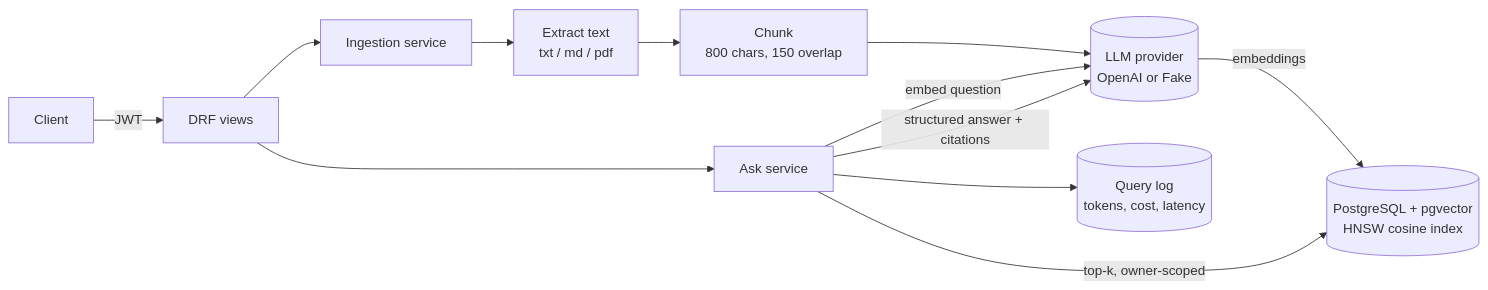
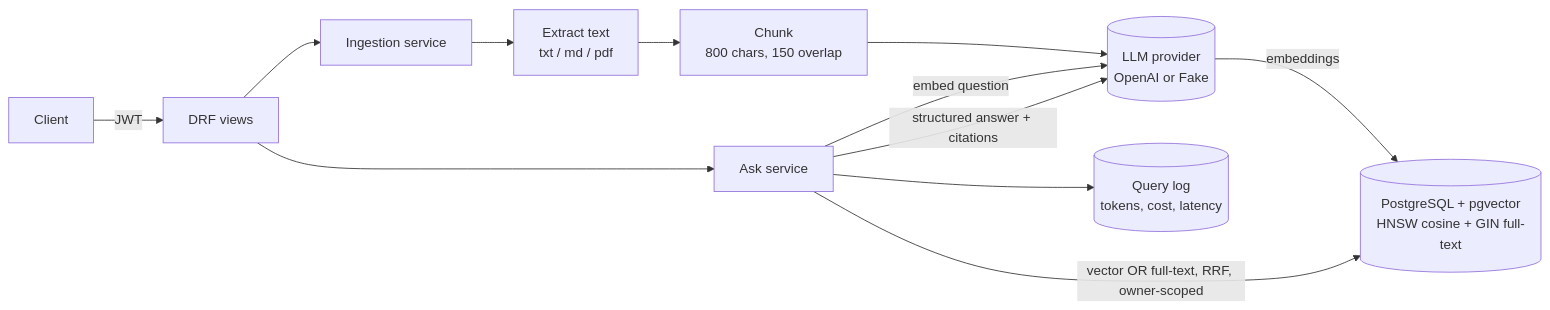
One commit to davidyapcc/django-rag-api changed the diagram in README.md. Above: the diagram before and after it, drawn with Mermaid. The commit also changed other lines of this file and 10 other files, not shown here.

First line of the commit message:
Hybrid retrieval: vector or full-text gate, ordered by RRF

````diff
--- a/README.md
+++ b/README.md
@@ -27,14 +27,14 @@
 ```mermaid
 flowchart LR
     C[Client] -->|JWT| API[DRF views]
     API --> ING[Ingestion service]
     ING --> EX[Extract text<br/>txt / md / pdf]
     EX --> CH[Chunk<br/>800 chars, 150 overlap]
     CH --> P[(LLM provider<br/>OpenAI or Fake)]
-    P -->|embeddings| DB[(PostgreSQL + pgvector<br/>HNSW cosine index)]
+    P -->|embeddings| DB[(PostgreSQL + pgvector<br/>HNSW cosine + GIN full-text)]
     API --> QA[Ask service]
     QA -->|embed question| P
-    QA -->|top-k, owner-scoped| DB
+    QA -->|vector OR full-text, RRF, owner-scoped| DB
     QA -->|structured answer + citations| P
     QA --> LOG[(Query log<br/>tokens, cost, latency)]
 ```
````
